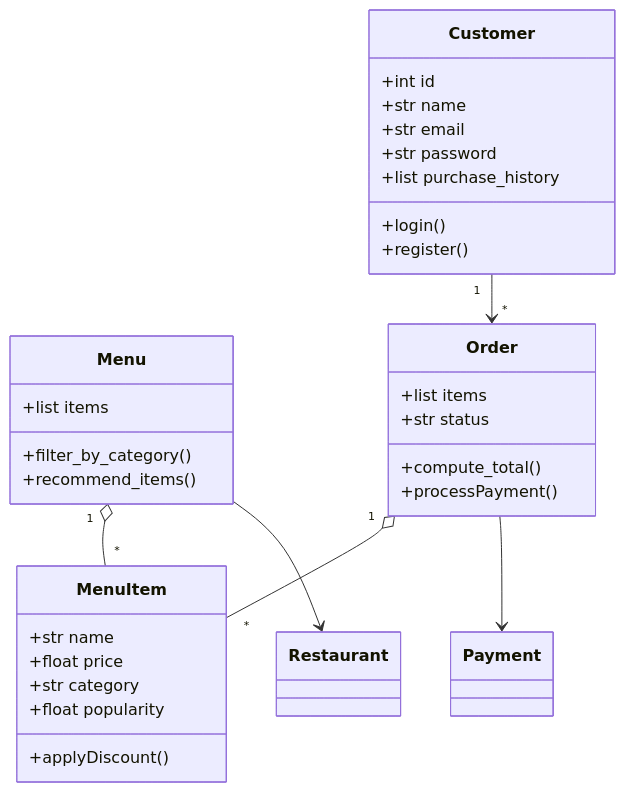
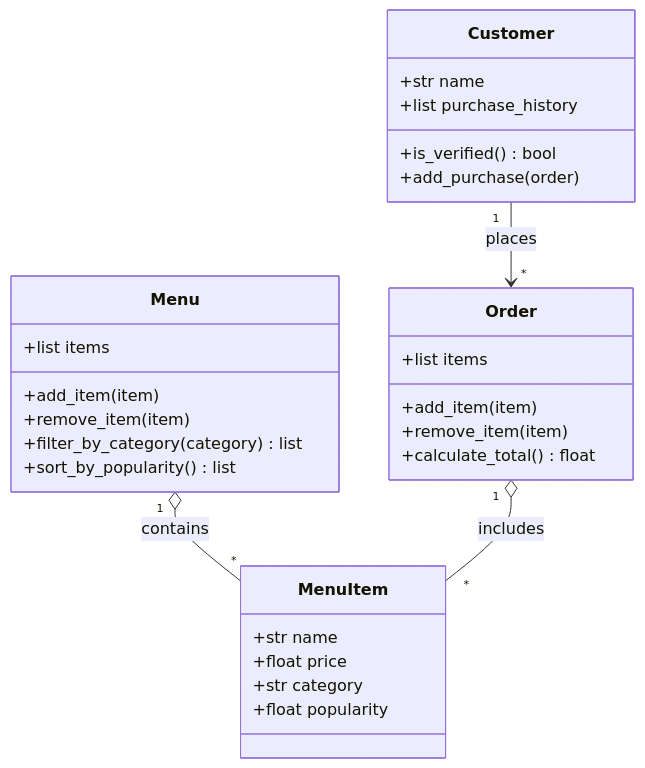
The diagram in draft_from_copilot.md (nleonetti2024/bytebites_tinker_activity), drawn with Mermaid before and after one commit. The commit also changed other lines of this file, not shown here.

Commit message:
Redo unguided draft (Part 1c) with real prompt and review

````diff
--- a/draft_from_copilot.md
+++ b/draft_from_copilot.md
@@ -6,37 +12,31 @@
 ```mermaid
 classDiagram
     class Customer {
-        +int id
         +str name
-        +str email
-        +str password
         +list purchase_history
-        +login()
-        +register()
+        +is_verified() bool
+        +add_purchase(order)
     }
     class MenuItem {
         +str name
         +float price
         +str category
         +float popularity
-        +applyDiscount()
     }
     class Menu {
         +list items
-        +filter_by_category()
-        +recommend_items()
+        +add_item(item)
+        +remove_item(item)
+        +filter_by_category(category) list
+        +sort_by_popularity() list
     }
     class Order {
         +list items
-        +str status
-        +compute_total()
-        +processPayment()
+        +add_item(item)
+        +remove_item(item)
+        +calculate_total() float
     }
-    class Payment
-    class Restaurant
-    Customer "1" --> "*" Order
-    Menu "1" o-- "*" MenuItem
-    Order "1" o-- "*" MenuItem
-    Order --> Payment
-    Menu --> Restaurant
+    Customer "1" --> "*" Order : places
+    Menu "1" o-- "*" MenuItem : contains
+    Order "1" o-- "*" MenuItem : includes
 ```
````
